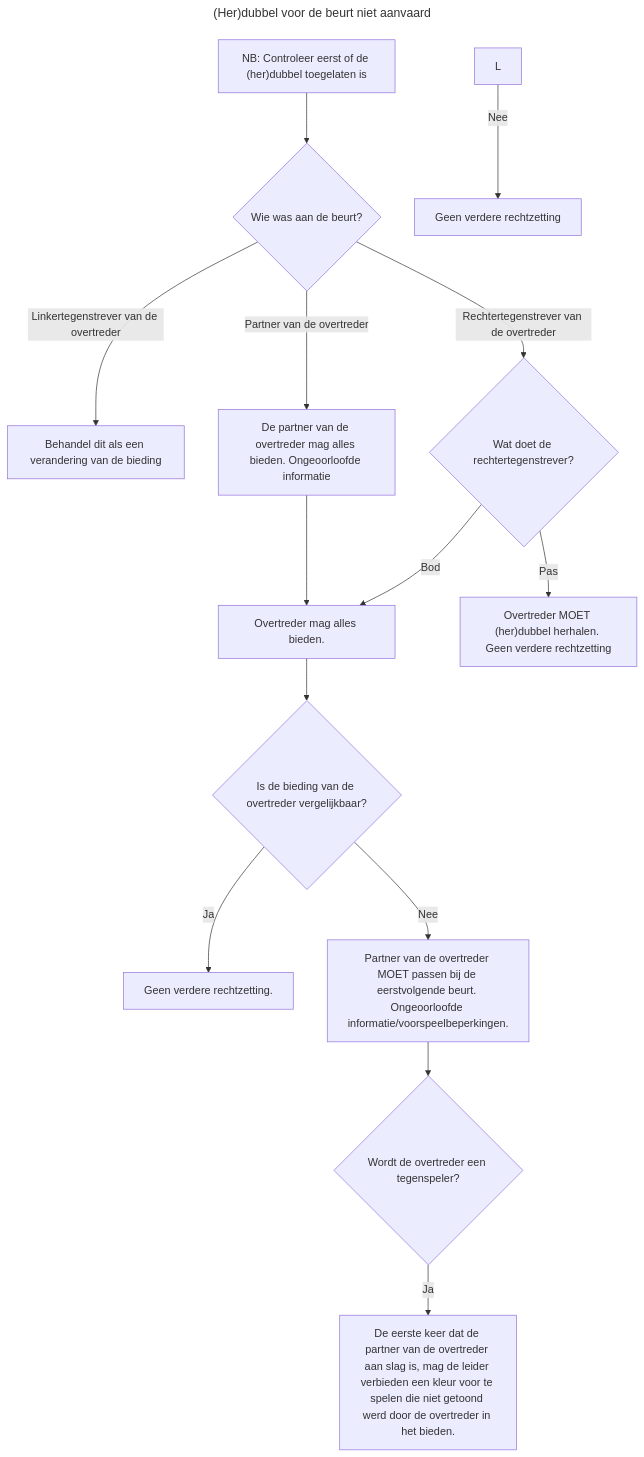
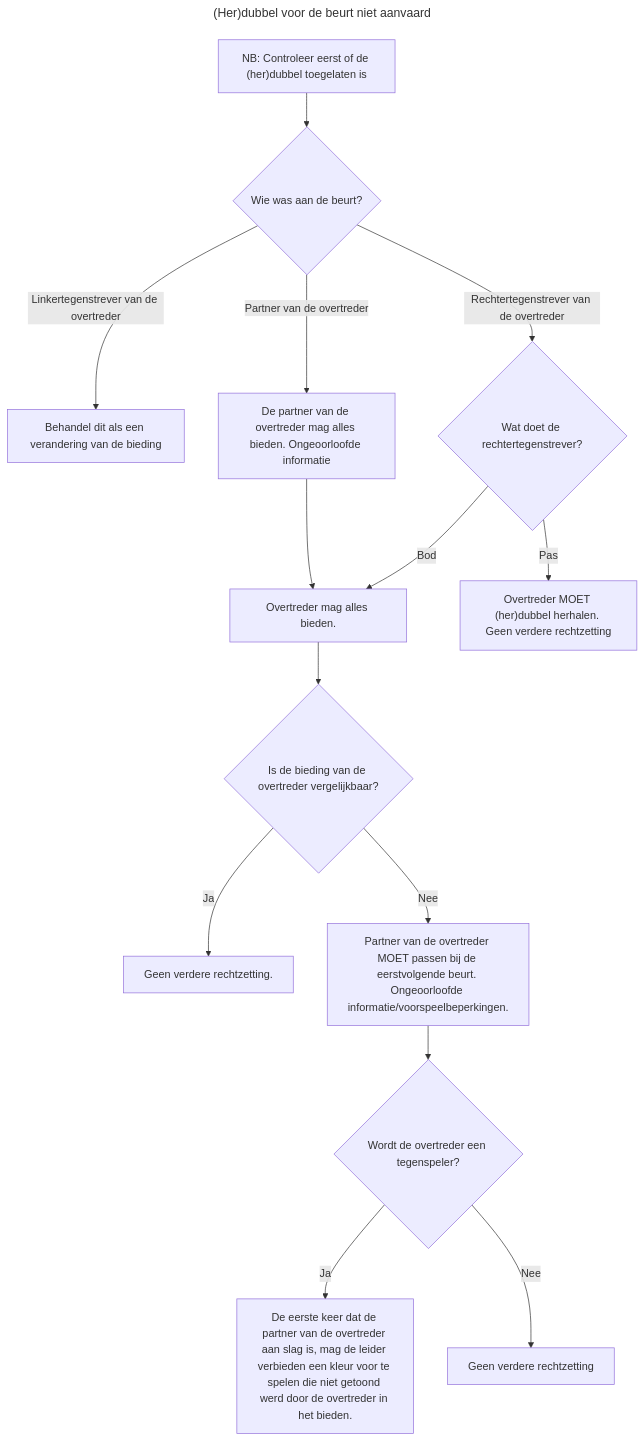
One commit to tcorneli/CTL-instructies changed the diagram in (her)dubbel-voor-de-beurt-niet-geaccepteerd.md. Above: the diagram before and after it, drawn with Mermaid.

Commit message:
Fix flow logic in bidding rules

````diff
--- a/(her)dubbel-voor-de-beurt-niet-geaccepteerd.md
+++ b/(her)dubbel-voor-de-beurt-niet-geaccepteerd.md
@@ -1,19 +1,19 @@
 ```mermaid
 ---
 title: (Her)dubbel voor de beurt niet aanvaard
 ---
 graph TD
     Z["NB: Controleer eerst of de (her)dubbel toegelaten is"] --> A
     A{Wie was aan de beurt?}
     A -->|Linkertegenstrever van de overtreder| B[Behandel dit als een verandering van de bieding]
     A -->|Partner van de overtreder| C[De partner van de overtreder mag alles bieden. Ongeoorloofde informatie]
     C --> D[Overtreder mag alles bieden.]
     A -->|Rechtertegenstrever van de overtreder| E{Wat doet de rechtertegenstrever?}
     E -->|Bod| D
     E -->|Pas| F["Overtreder MOET (her)dubbel herhalen. Geen verdere rechtzetting"]
     D --> G{Is de bieding van de overtreder vergelijkbaar?}
     G -->|Ja| H[Geen verdere rechtzetting.]
     G -->|Nee| I[Partner van de overtreder MOET passen bij de eerstvolgende beurt. Ongeoorloofde informatie/voorspeelbeperkingen.]-->J{Wordt de overtreder een tegenspeler?}
     J -->|Ja| K[De eerste keer dat de partner van de overtreder aan slag is, mag de leider verbieden een kleur voor te spelen die niet getoond werd door de overtreder in het bieden.]
-    L -->|Nee| M[Geen verdere rechtzetting]
+    J -->|Nee| L[Geen verdere rechtzetting]
 ```
````
